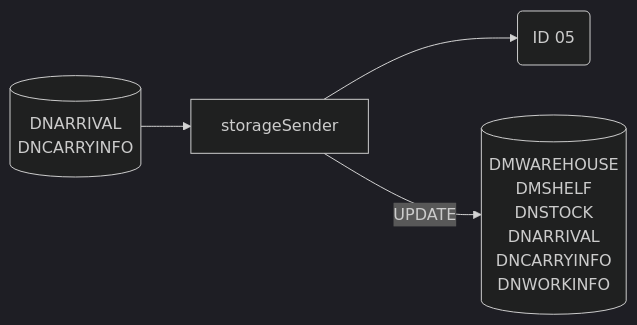
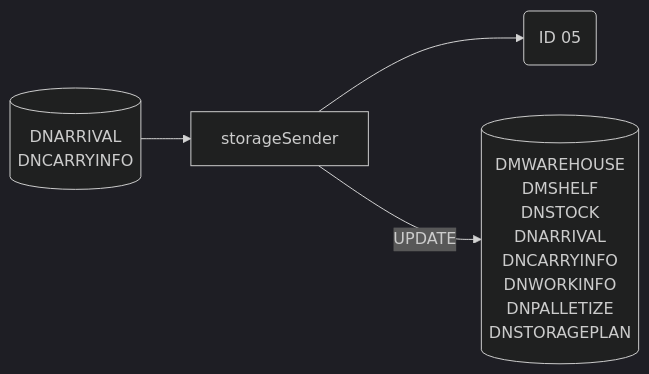
One commit to luthfiadityaa/SimeDarby-Wiki changed the sixth of 23 diagrams in Basic-Design/DFD-WMS/Storage/Palletizing-Settting/Palletize-Start.md. Above: the diagram before and after it, drawn with Mermaid (dark theme).

Commit message:
Updated Palletize Start

```diff
--- a/Basic-Design/DFD-WMS/Storage/Palletizing-Settting/Palletize-Start.md
+++ b/Basic-Design/DFD-WMS/Storage/Palletizing-Settting/Palletize-Start.md
@@ -446,22 +446,24 @@
 ::: mermaid
 flowchart LR
 automaticmodechangesender-update[("
 DMWAREHOUSE
 DMSHELF
 DNSTOCK
 DNARRIVAL
 DNCARRYINFO
 DNWORKINFO
+DNPALLETIZE
+DNSTORAGEPLAN
 ")]
 automaticmodechangesender-input[("
 DNARRIVAL
 DNCARRYINFO
 ")]
 
 id05msg("
 ID 05
 ")
 
 automaticmodechangesender-input-->storageSender-->id05msg
 storageSender--> |UPDATE| automaticmodechangesender-update
 :::
```
